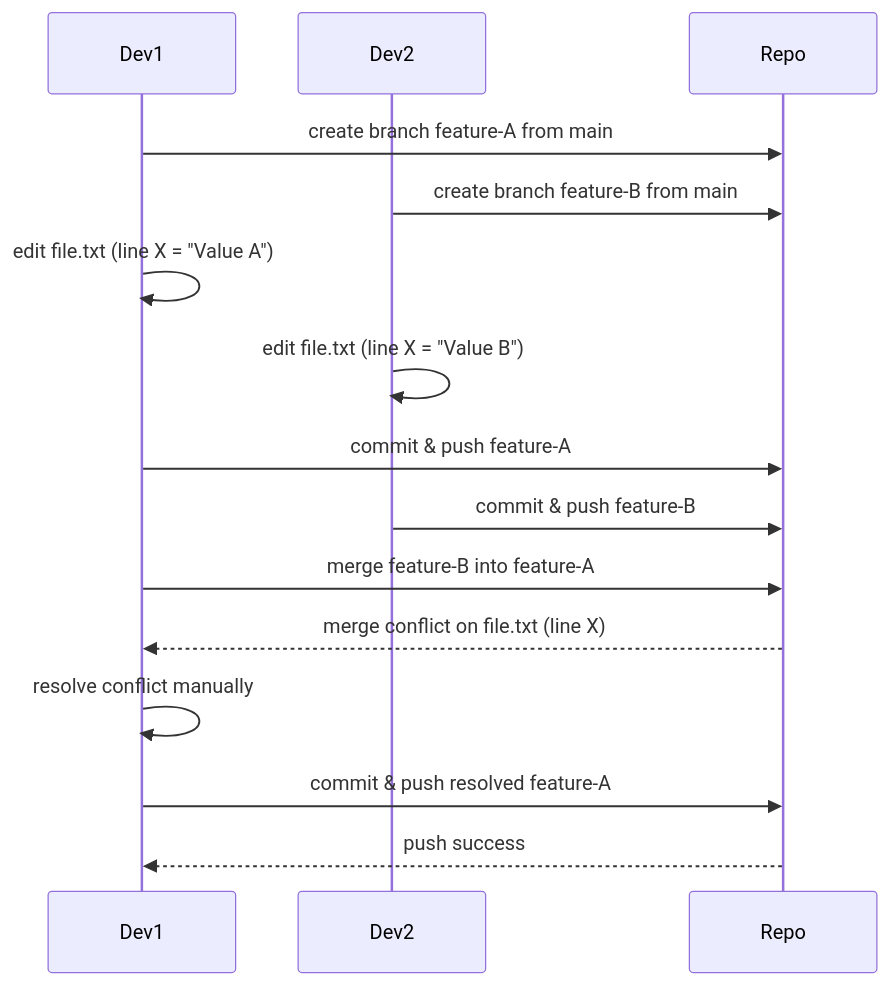
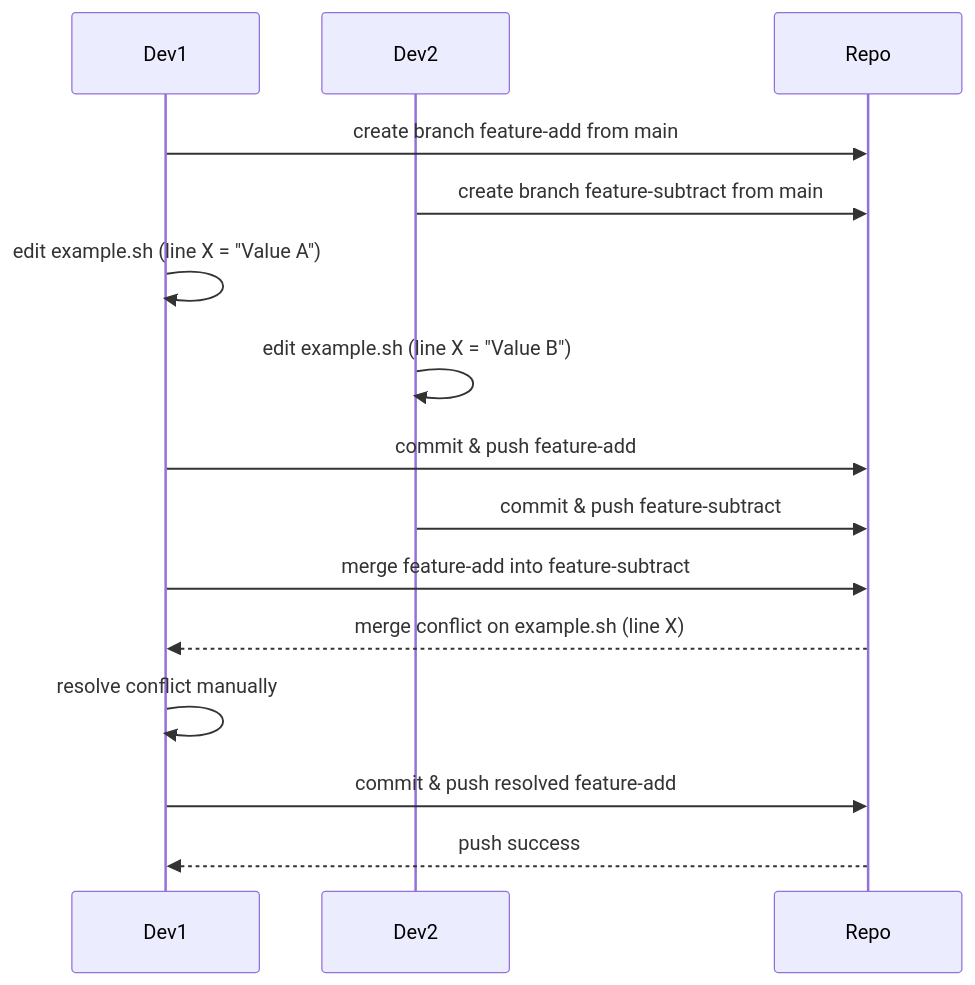
The diagram in README.md (YacqubAdan/week-6), drawn with Mermaid before and after one commit. The commit also changed other lines of this file, not shown here.

Commit message:
update: README.md

````diff
--- a/README.md
+++ b/README.md
@@ -3,47 +3,47 @@
 ```mermaid
 
   
 
 sequenceDiagram
 
 participant Dev1
 
 participant Dev2
 
 participant Repo
 
   
 
-Dev1->>Repo: create branch feature-A from main
+Dev1->>Repo: create branch feature-add from main
 
-Dev2->>Repo: create branch feature-B from main
+Dev2->>Repo: create branch feature-subtract from main
 
   
 
-Dev1->>Dev1: edit file.txt (line X = "Value A")
+Dev1->>Dev1: edit example.sh (line X = "Value A")
 
-Dev2->>Dev2: edit file.txt (line X = "Value B")
+Dev2->>Dev2: edit example.sh (line X = "Value B")
 
   
 
-Dev1->>Repo: commit & push feature-A
+Dev1->>Repo: commit & push feature-add
 
-Dev2->>Repo: commit & push feature-B
+Dev2->>Repo: commit & push feature-subtract
 
   
 
-Dev1->>Repo: merge feature-B into feature-A
+Dev1->>Repo: merge feature-add into feature-subtract
 
-Repo-->>Dev1: merge conflict on file.txt (line X)
+Repo-->>Dev1: merge conflict on example.sh (line X)
 
   
 
 Dev1->>Dev1: resolve conflict manually
 
-Dev1->>Repo: commit & push resolved feature-A
+Dev1->>Repo: commit & push resolved feature-add
 
 Repo-->>Dev1: push success
 
   
 
 ```
````
